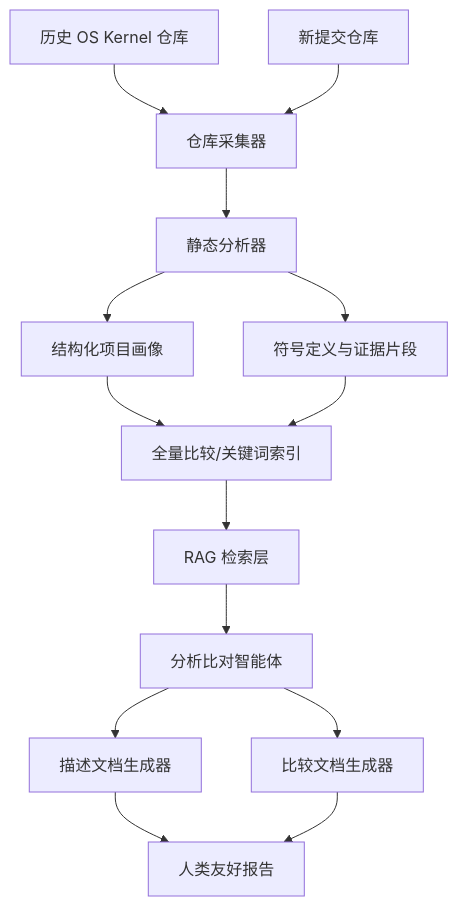
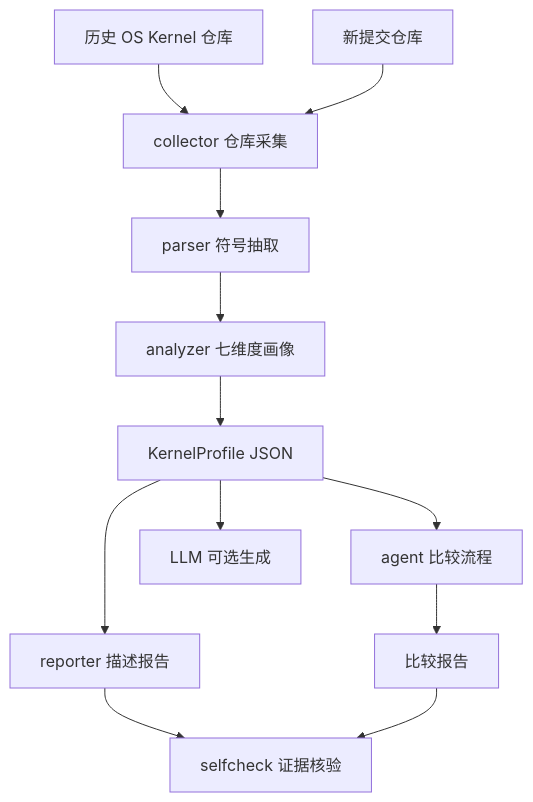
One commit to chanehwibo/proj18-CSCC changed the diagram in README.md. Above: the diagram before and after it, drawn with Mermaid. The commit also changed other lines of this file and 1 other file, not shown here.

````diff
--- a/README.md
+++ b/README.md
@@ -43,16 +45,14 @@
 ```mermaid
 flowchart TD
-    A[历史 OS Kernel 仓库] --> B[仓库采集器]
+    A[历史 OS Kernel 仓库] --> B[collector 仓库采集]
     C[新提交仓库] --> B
-    B --> D[静态分析器]
-    D --> E[结构化项目画像]
-    D --> F[符号定义与证据片段]
-    E --> G[全量比较/关键词索引]
-    F --> G
-    G --> H[RAG 检索层]
-    H --> I[分析比对智能体]
-    I --> J[描述文档生成器]
-    I --> K[比较文档生成器]
-    J --> L[人类友好报告]
-    K --> L
+    B --> D[parser 符号抽取]
+    D --> E[analyzer 七维度画像]
+    E --> F[KernelProfile JSON]
+    F --> G[reporter 描述报告]
+    F --> H[agent 比较流程]
+    H --> I[比较报告]
+    G --> J[selfcheck 证据核验]
+    I --> J
+    F --> K[LLM 可选生成]
 ```
````
